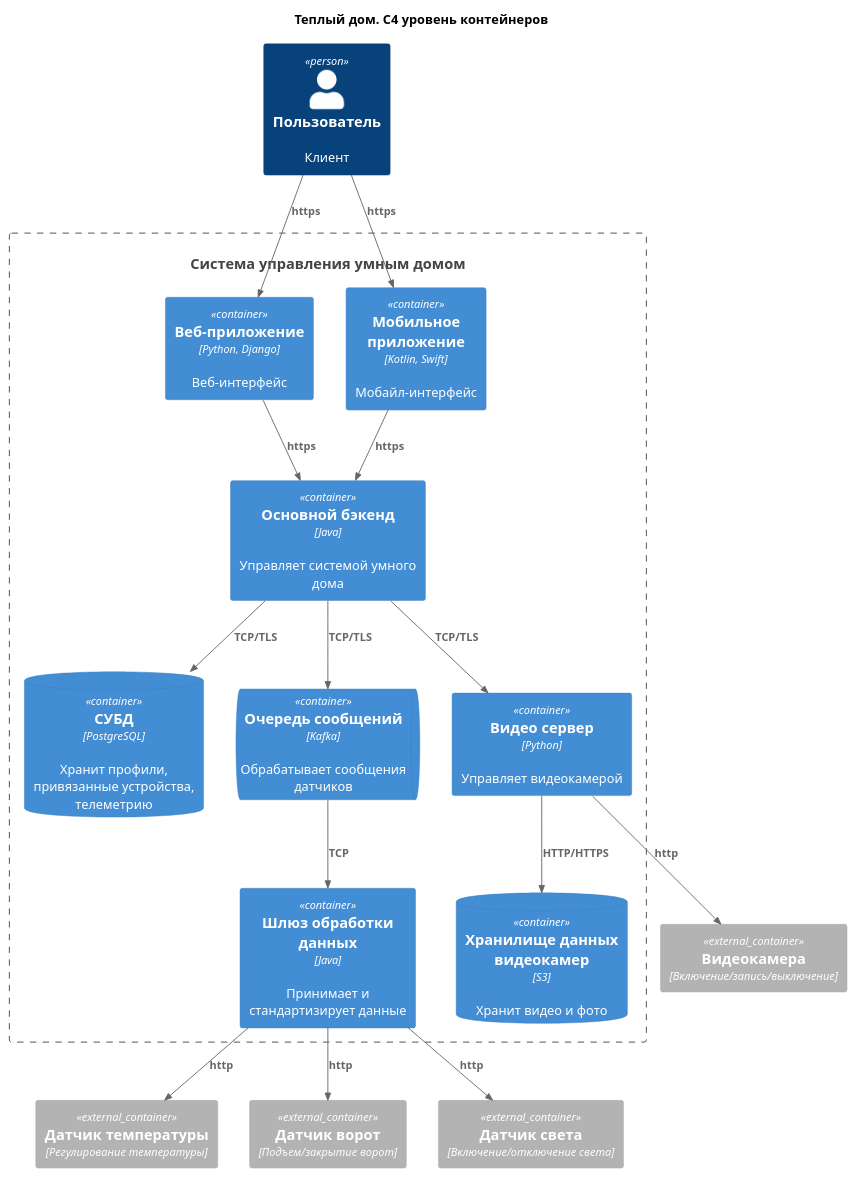
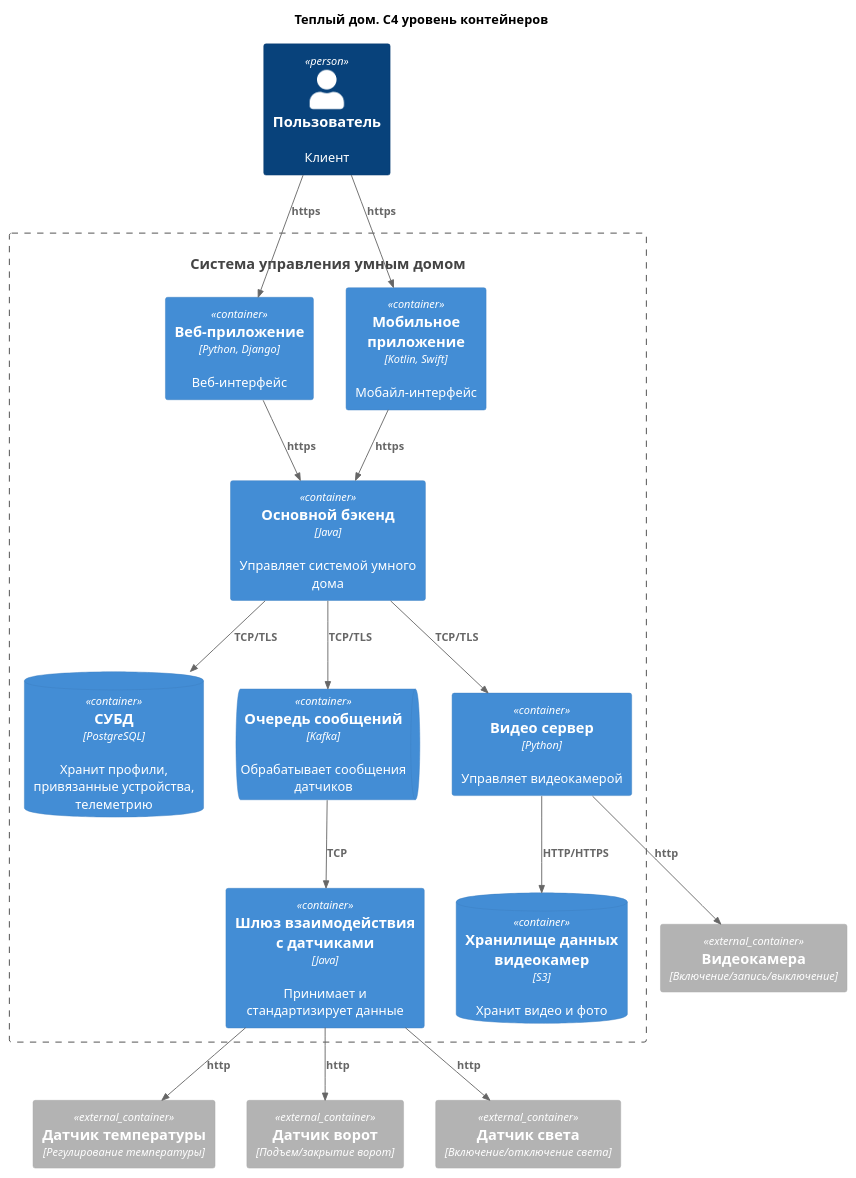
One commit to realjungleman/architecture-warmhouse changed the diagram in 2_task/c4_container.puml. Above: the diagram before and after it, drawn with PlantUML.

Commit message:
2_задание изменено название шлюза

```diff
--- a/2_task/c4_container.puml
+++ b/2_task/c4_container.puml
@@ -1,43 +1,43 @@
 @startuml
 title Теплый дом. С4 уровень контейнеров
 
 top to bottom direction
 
 !includeurl https://raw.githubusercontent.com/RicardoNiepel/C4-PlantUML/master/C4_Component.puml
 
 Person(user, "Пользователь", "Клиент")
 System(SmartHouse, "Система управления умным домом", "")
 
 Container_Boundary(SmartHouse, "Система управления умным домом") {
   Container(WebApp, "Веб-приложение", "Python, Django", "Веб-интерфейс")
   Container(MobileApp, "Мобильное приложение", "Kotlin, Swift", "Мобайл-интерфейс")
   Container(MainSystem, "Основной бэкенд", "Java", "Управляет системой умного дома")
-  Container(ApiGate, "Шлюз обработки данных", "Java", "Принимает и стандартизирует данные")
+  Container(ApiGate, "Шлюз взаимодействия с датчиками", "Java", "Принимает и стандартизирует данные")
   ContainerDb(Database, "СУБД", "PostgreSQL", "Хранит профили, привязанные устройства, телеметрию")
   Container(VideoStreaming, "Видео сервер", "Python", "Управляет видеокамерой")
   ContainerDb(S3, "Хранилище данных видеокамер", "S3", "Хранит видео и фото")
   ContainerQueue(Queue, "Очередь сообщений", "Kafka", "Обрабатывает сообщения датчиков")
 }
 
 Container_Ext(temperatureSensor, "Датчик температуры", "Регулирование температуры")
 
 Container_Ext(gateSensor,"Датчик ворот", "Подъем/закрытие ворот")
 Container_Ext(videoCamera,"Видеокамера", "Включение/запись/выключение")
 Container_Ext(lightSensor,"Датчик света", "Включение/отключение света")
 
 Rel(user, WebApp, "https")
 Rel(user, MobileApp, "https")
 Rel(WebApp, MainSystem, "https")
 Rel(MobileApp, MainSystem, "https")
 Rel(MainSystem, Queue, "TCP/TLS")
 Rel(Queue, ApiGate, "TCP")
 Rel(MainSystem, VideoStreaming, "TCP/TLS")
 Rel(VideoStreaming, S3, "HTTP/HTTPS")
 Rel(MainSystem, Database, "TCP/TLS")
 
 Rel(VideoStreaming, videoCamera, "http")
 Rel(ApiGate, gateSensor, "http")
 Rel(ApiGate, temperatureSensor, "http")
 Rel(ApiGate, lightSensor, "http")
 
 @enduml
```
